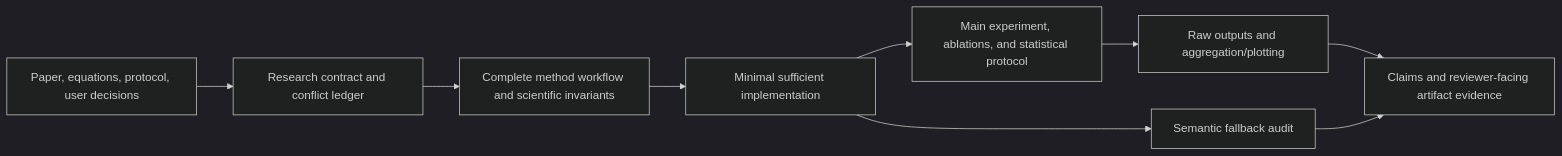
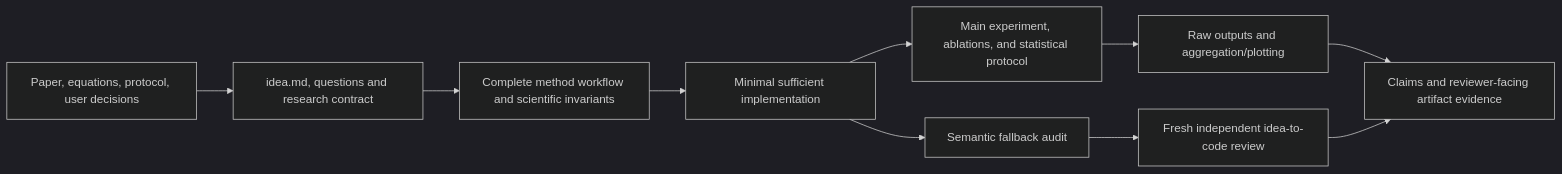
The diagram in README.md (Fangzhou-Code/faithful-research-code), drawn with Mermaid (dark theme) before and after one commit. The commit also changed other lines of this file and 2 other files, not shown here.

````diff
--- a/README.md
+++ b/README.md
@@ -61,11 +67,12 @@
 ```mermaid
 flowchart LR
-    A["Paper, equations, protocol, user decisions"] --> B["Research contract and conflict ledger"]
+    A["Paper, equations, protocol, user decisions"] --> B["idea.md, questions and research contract"]
     B --> C["Complete method workflow and scientific invariants"]
     C --> D["Minimal sufficient implementation"]
     D --> E["Main experiment, ablations, and statistical protocol"]
     E --> F["Raw outputs and aggregation/plotting"]
     F --> G["Claims and reviewer-facing artifact evidence"]
     D --> H["Semantic fallback audit"]
-    H --> G
+    H --> R["Fresh independent idea-to-code review"]
+    R --> G
 ```
````
